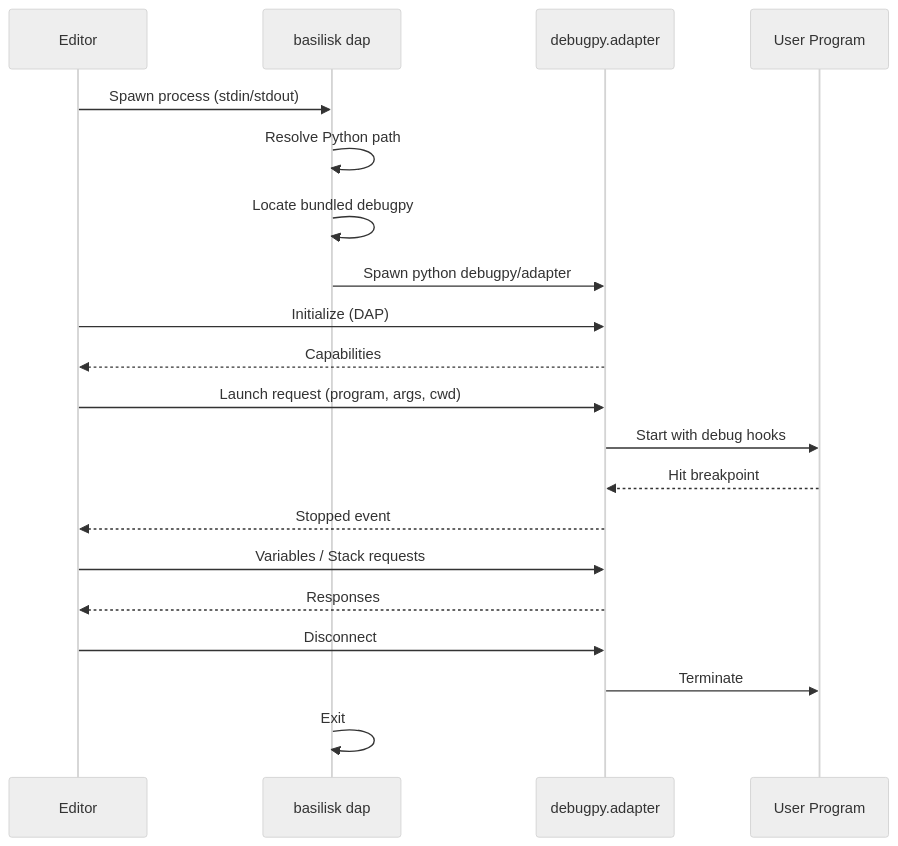
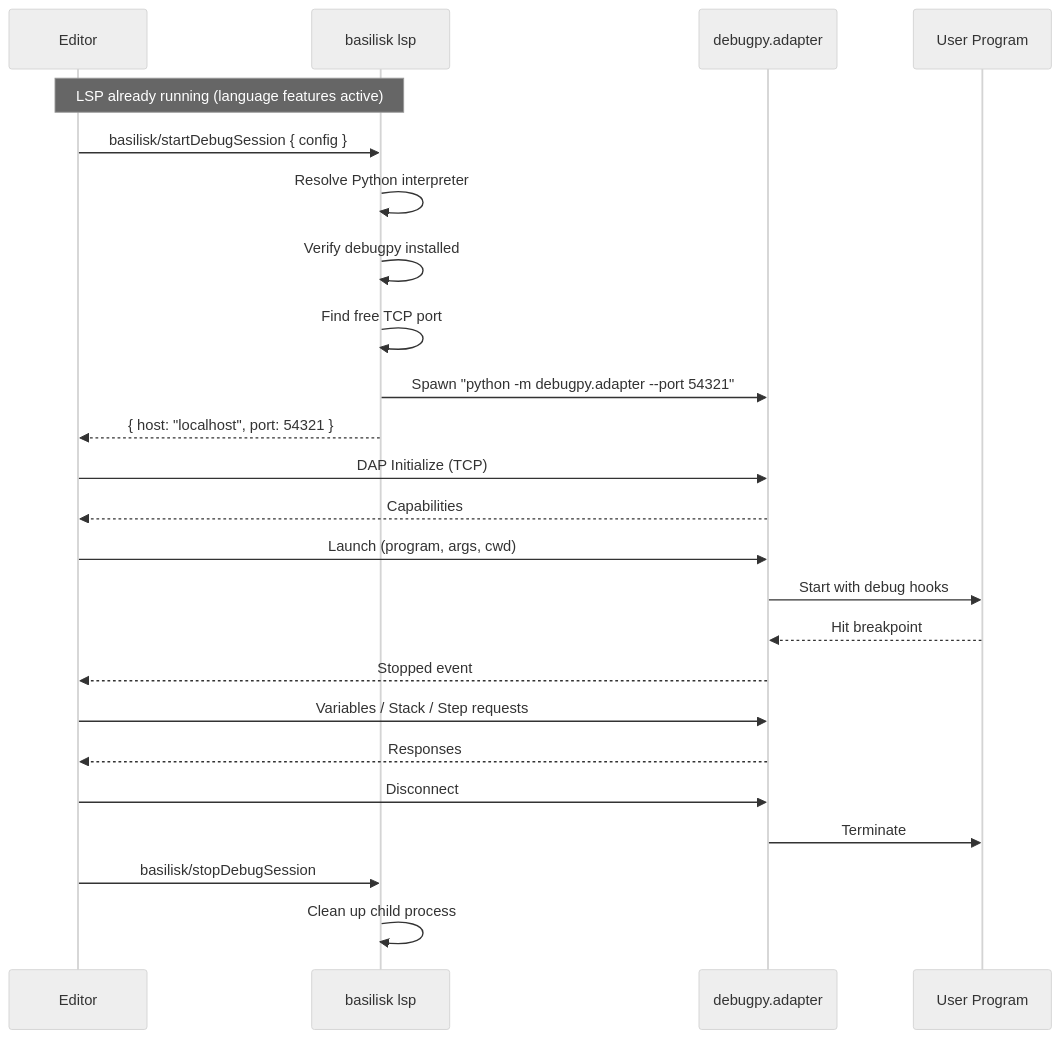
One commit to Nimblesite/Basilisk changed the second of 4 diagrams in docs/basilisk-debug-integration.md. Above: the diagram before and after it, drawn with Mermaid (neutral theme). The commit also changed other lines of this file, not shown here.

Commit message:
Clean up archtecture

````diff
--- a/docs/basilisk-debug-integration.md
+++ b/docs/basilisk-debug-integration.md
@@ -47,23 +41,27 @@
 ```mermaid
 sequenceDiagram
     participant Editor
-    participant basilisk_dap as basilisk dap
+    participant LSP as basilisk lsp
     participant debugpy as debugpy.adapter
     participant program as User Program
 
-    Editor->>basilisk_dap: Spawn process (stdin/stdout)
-    basilisk_dap->>basilisk_dap: Resolve Python path
-    basilisk_dap->>basilisk_dap: Locate bundled debugpy
-    basilisk_dap->>debugpy: Spawn python debugpy/adapter
-    Editor->>debugpy: Initialize (DAP)
+    Note over Editor,LSP: LSP already running (language features active)
+    Editor->>LSP: basilisk/startDebugSession { config }
+    LSP->>LSP: Resolve Python interpreter
+    LSP->>LSP: Verify debugpy installed
+    LSP->>LSP: Find free TCP port
+    LSP->>debugpy: Spawn "python -m debugpy.adapter --port 54321"
+    LSP-->>Editor: { host: "localhost", port: 54321 }
+    Editor->>debugpy: DAP Initialize (TCP)
     debugpy-->>Editor: Capabilities
-    Editor->>debugpy: Launch request (program, args, cwd)
+    Editor->>debugpy: Launch (program, args, cwd)
     debugpy->>program: Start with debug hooks
     program-->>debugpy: Hit breakpoint
     debugpy-->>Editor: Stopped event
-    Editor->>debugpy: Variables / Stack requests
+    Editor->>debugpy: Variables / Stack / Step requests
     debugpy-->>Editor: Responses
     Editor->>debugpy: Disconnect
     debugpy->>program: Terminate
-    basilisk_dap->>basilisk_dap: Exit
+    Editor->>LSP: basilisk/stopDebugSession
+    LSP->>LSP: Clean up child process
 ```
````
